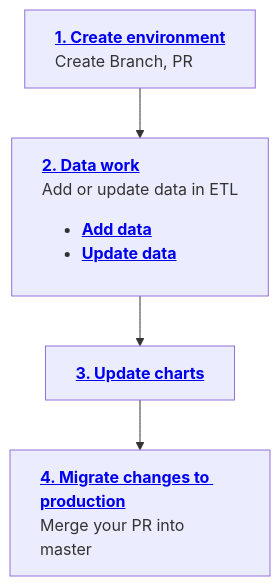
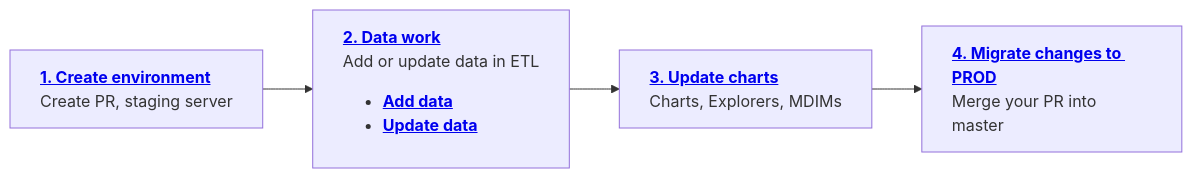
Before and after one commit to owid/etl: the diagram in docs/guides/data-work/index.md, drawn with Mermaid. The commit also changed other lines of this file and 12 other files, not shown here.

````diff
--- a/docs/guides/data-work/index.md
+++ b/docs/guides/data-work/index.md
@@ -8,12 +9,12 @@
 ```mermaid
-graph TD
-    A["<a href='#1-create-environment'><b>1. Create environment</b></a><br>Create Branch, PR"]
+graph LR
+    A["<a href='#1-create-environment'><b>1. Create environment</b></a><br>Create PR, staging server"]
     A --> B["<a href='#2-data-work'><b>2. Data work</b></a><br>Add or update data in ETL<br><ul><li value='2.1.'><a href='add-data'><b>Add data</b></a></li><li><a href='update-data'><b>Update data</b></a></li></ul>"]
-    B --> C["<a href='update-charts'><b>3. Update charts</b></a>"]
-    C --> D["<a href='#4-migrate-changes'><b>4. Migrate changes to production</b></a><br>Merge your PR into master"]
+    B --> C["<a href='#update-charts'><b>3. Update charts</b></a><br>Charts, Explorers, MDIMs"]
+    C --> D["<a href='#4-migrate-changes'><b>4. Migrate changes to PROD</b></a><br>Merge your PR into master"]
 
     style A text-align:left;
     style B text-align:left;
     style C text-align:left;
     style D text-align:left;
 ```
````
